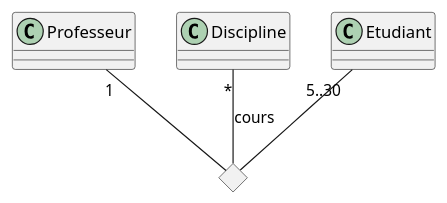
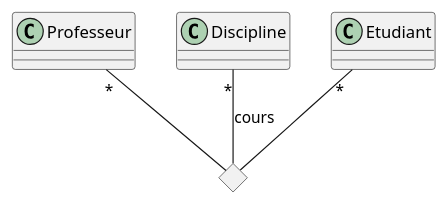
Before and after one commit to pdl-classroom/diagramme-de-classe-vrai-faux-Neroil: the diagram in uml/classes.puml, drawn with PlantUML. The commit also changed 1 other file, not shown here.

```diff
--- a/uml/classes.puml
+++ b/uml/classes.puml
@@ -1,17 +1,17 @@
 @startuml
 
 class Professeur
 
 class Discipline
 
 
 class Etudiant
 
 <> Cours
 
-Professeur "1" -- Cours
-Etudiant "5..30" -- Cours
+Professeur "*" -- Cours
+Etudiant "*" -- Cours
 Discipline "*" -- Cours : cours
 
 
 @enduml
```
